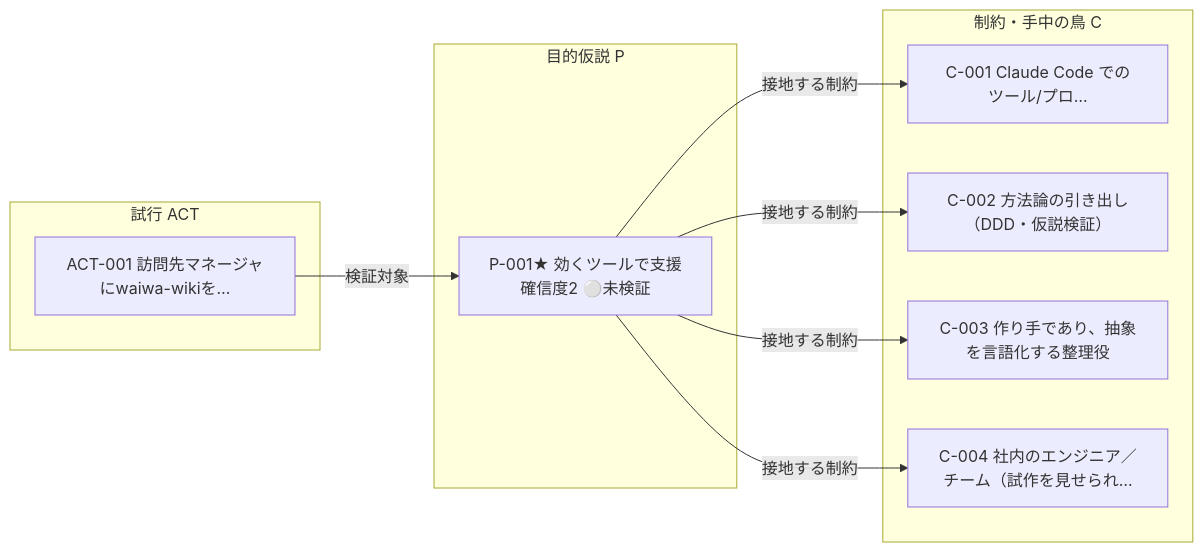
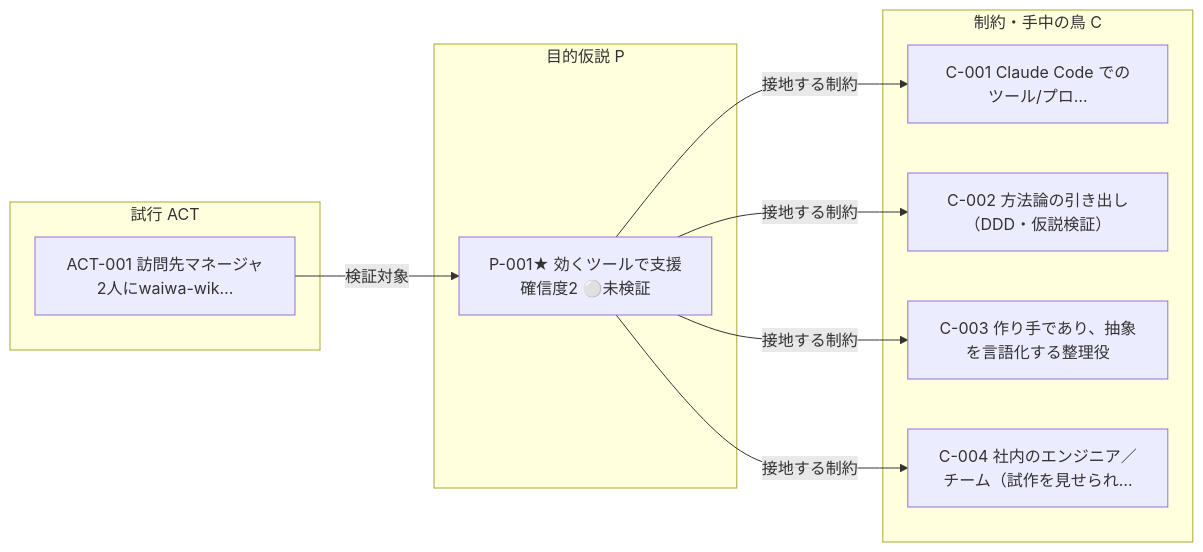
Before and after one commit to haru01/waiwa-wiki: the diagram in projects/self/wiki/views/relations.md, drawn with Mermaid. The commit also changed 3 other files, not shown here.

First line of the commit message:
self: SELF-ACT-001 の打診相手を訪問先マネージャ2人に拡張（n=2）

````diff
--- a/projects/self/wiki/views/relations.md
+++ b/projects/self/wiki/views/relations.md
@@ -9,20 +9,20 @@
 ```mermaid
 flowchart LR
     subgraph P["目的仮説 P"]
       SELF_P_001["P-001★ 効くツールで支援<br/>確信度2 ⚪未検証"]
     end
     subgraph C["制約・手中の鳥 C"]
       SELF_C_001["C-001 Claude Code でのツール/プロ…"]
       SELF_C_002["C-002 方法論の引き出し（DDD・仮説検証）"]
       SELF_C_003["C-003 作り手であり、抽象を言語化する整理役"]
       SELF_C_004["C-004 社内のエンジニア／チーム（試作を見せられ…"]
     end
     subgraph ACT["試行 ACT"]
-      SELF_ACT_001["ACT-001 訪問先マネージャにwaiwa-wikiを…"]
+      SELF_ACT_001["ACT-001 訪問先マネージャ2人にwaiwa-wik…"]
     end
     SELF_P_001 -->|接地する制約| SELF_C_001
     SELF_P_001 -->|接地する制約| SELF_C_002
     SELF_P_001 -->|接地する制約| SELF_C_003
     SELF_P_001 -->|接地する制約| SELF_C_004
     SELF_ACT_001 -->|検証対象| SELF_P_001
 ```
````
